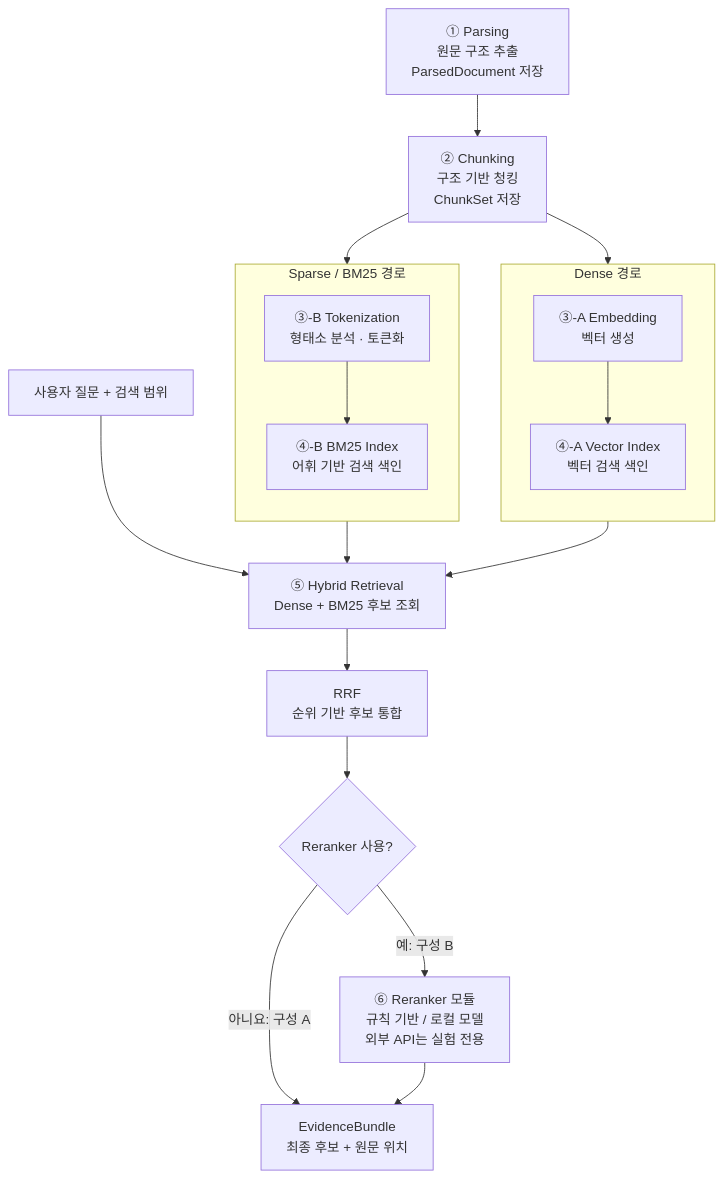
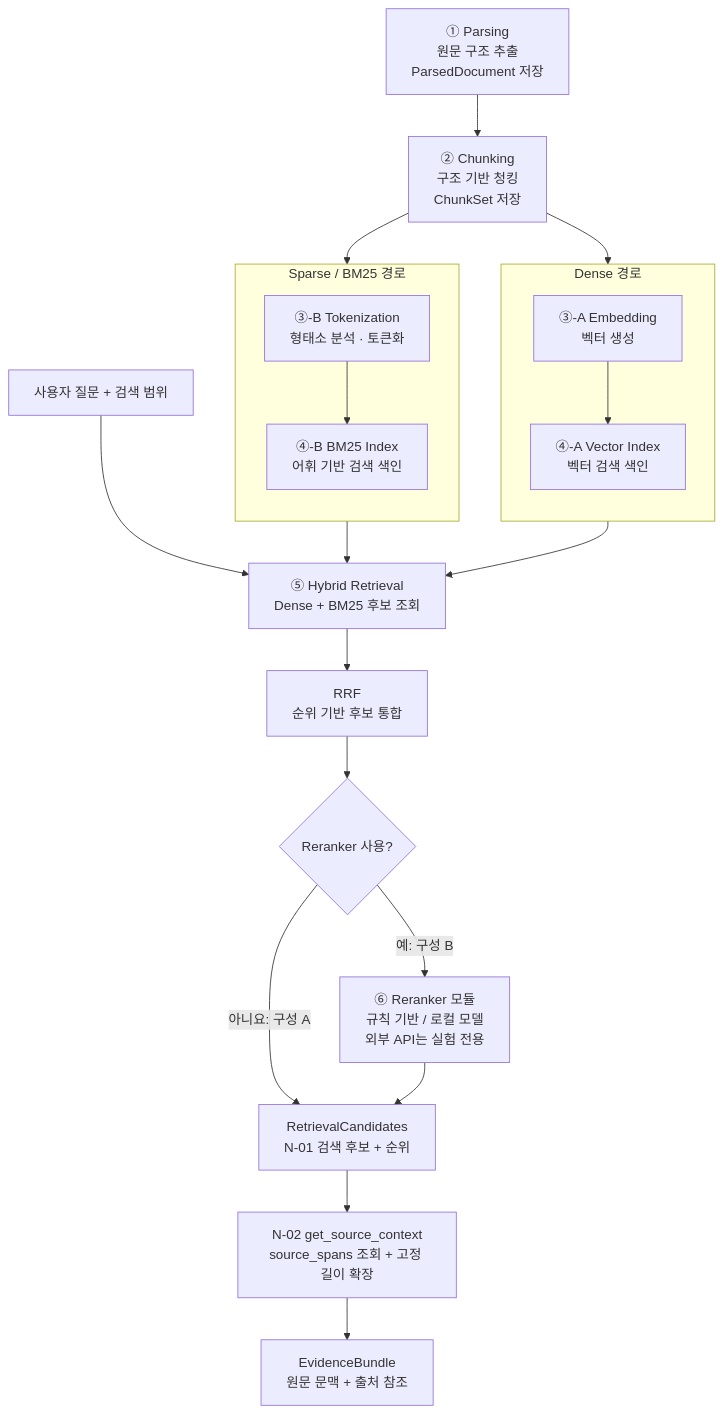
Before and after one commit to Jungminii-1114/ReportAnchor: the diagram in docs/document-pipeline.md, drawn with Mermaid. The commit also changed other lines of this file and 2 other files, not shown here.

Commit message:
docs: finalize N-02 conceptual I/O, source spans, and failure handling

````diff
--- a/docs/document-pipeline.md
+++ b/docs/document-pipeline.md
@@ -11,34 +11,38 @@
 ```mermaid
 flowchart TD
     P["① Parsing<br/>원문 구조 추출<br/>ParsedDocument 저장"]
     C["② Chunking<br/>구조 기반 청킹<br/>ChunkSet 저장"]
     subgraph DENSE["Dense 경로"]
         direction TB
         E["③-A Embedding<br/>벡터 생성"]
         V["④-A Vector Index<br/>벡터 검색 색인"]
         E --> V
     end
     subgraph SPARSE["Sparse / BM25 경로"]
         direction TB
         T["③-B Tokenization<br/>형태소 분석 · 토큰화"]
         B["④-B BM25 Index<br/>어휘 기반 검색 색인"]
         T --> B
     end
     Q["사용자 질문 + 검색 범위"]
     H["⑤ Hybrid Retrieval<br/>Dense + BM25 후보 조회"]
     F["RRF<br/>순위 기반 후보 통합"]
     S{"Reranker 사용?"}
     R["⑥ Reranker 모듈<br/>규칙 기반 / 로컬 모델<br/>외부 API는 실험 전용"]
-    O["EvidenceBundle<br/>최종 후보 + 원문 위치"]
+    RC["RetrievalCandidates<br/>N-01 검색 후보 + 순위"]
+    N2["N-02 get_source_context<br/>source_spans 조회 + 고정 길이 확장"]
+    O["EvidenceBundle<br/>원문 문맥 + 출처 참조"]
     P --> C
     C --> E
     C --> T
     V --> H
     B --> H
     Q --> H
     H --> F
     F --> S
-    S -->|"아니요: 구성 A"| O
+    S -->|"아니요: 구성 A"| RC
     S -->|"예: 구성 B"| R
-    R --> O
+    R --> RC
+    RC --> N2
+    N2 --> O
 ```
````
